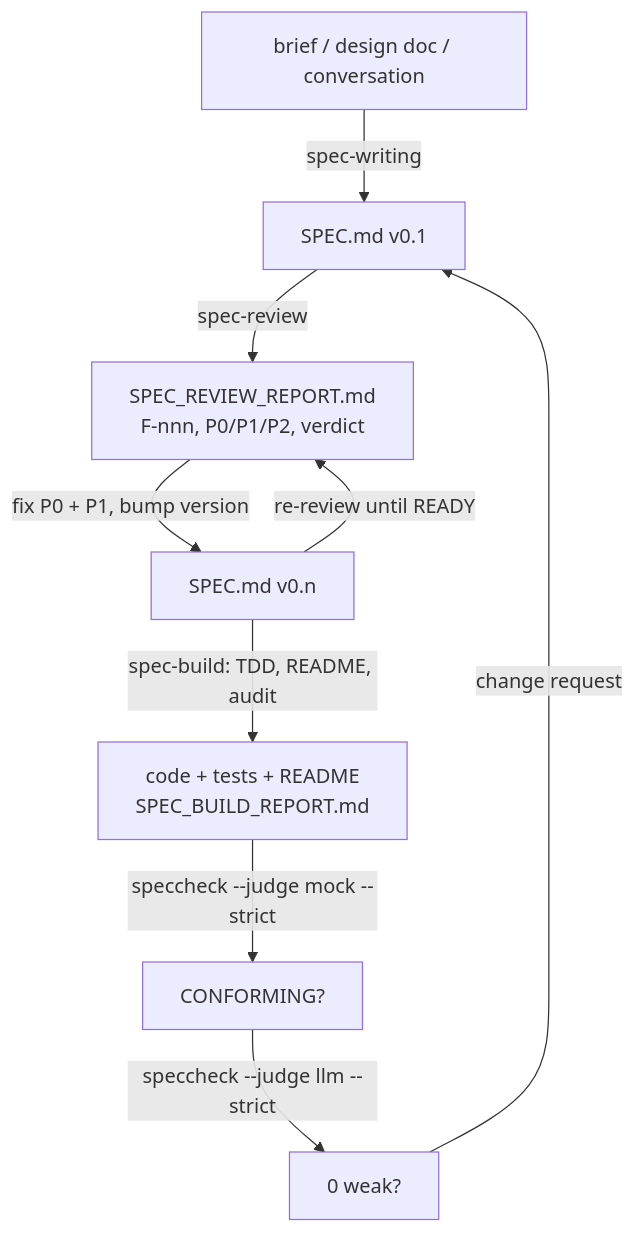
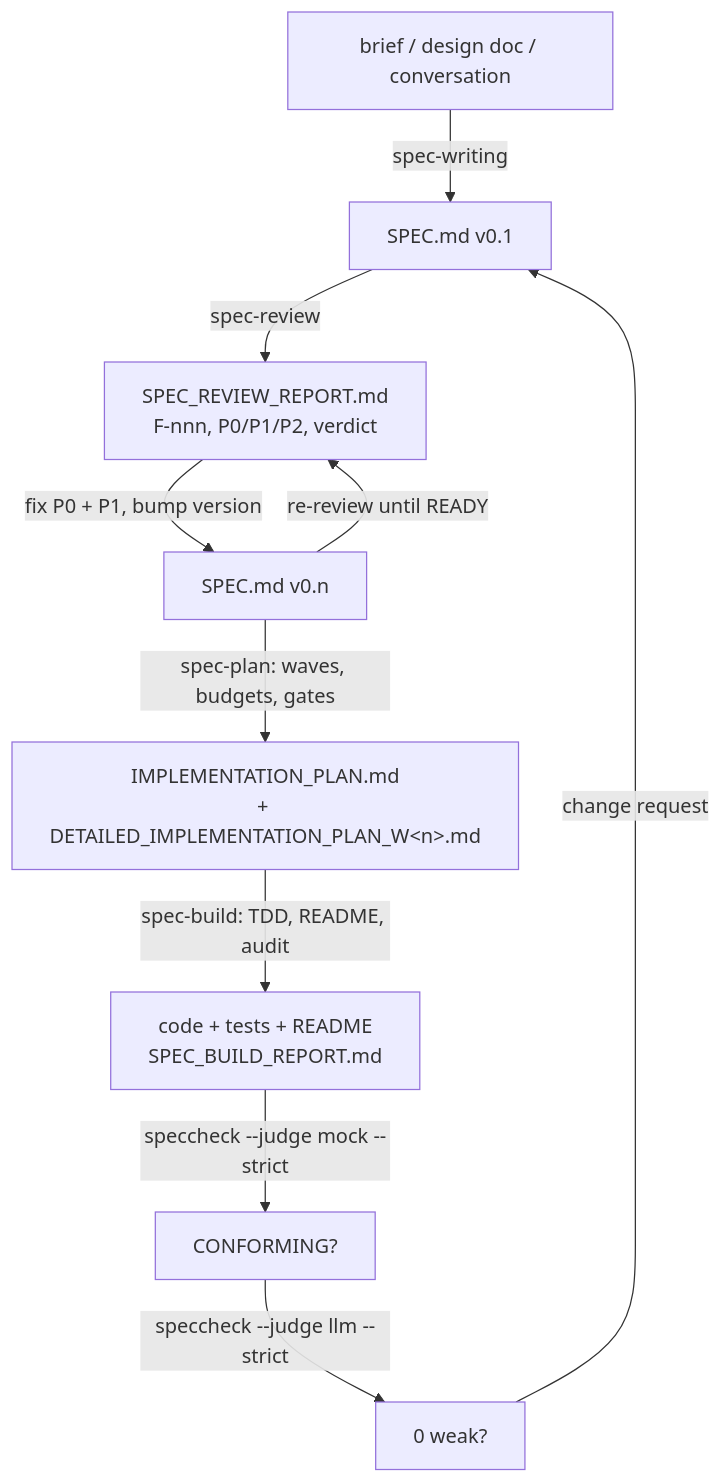
One commit to rioffe/speccheck changed the diagram in README.md. Above: the diagram before and after it, drawn with Mermaid. The commit also changed other lines of this file and 4 other files, not shown here.

````diff
--- a/README.md
+++ b/README.md
@@ -82,11 +83,12 @@
 ```mermaid
 flowchart TD
     B["brief / design doc / conversation"] -->|"spec-writing"| S["SPEC.md v0.1"]
     S -->|"spec-review"| R["SPEC_REVIEW_REPORT.md<br/>F-nnn, P0/P1/P2, verdict"]
     R -->|"fix P0 + P1, bump version"| S2["SPEC.md v0.n"]
     S2 -->|"re-review until READY"| R
-    S2 -->|"spec-build: TDD, README, audit"| C["code + tests + README<br/>SPEC_BUILD_REPORT.md"]
+    S2 -->|"spec-plan: waves, budgets, gates"| P["IMPLEMENTATION_PLAN.md<br/>+ DETAILED_IMPLEMENTATION_PLAN_W&lt;n&gt;.md"]
+    P -->|"spec-build: TDD, README, audit"| C["code + tests + README<br/>SPEC_BUILD_REPORT.md"]
     C -->|"speccheck --judge mock --strict"| G1["CONFORMING?"]
     G1 -->|"speccheck --judge llm --strict"| G2["0 weak?"]
     G2 -->|"change request"| S
 ```
````
